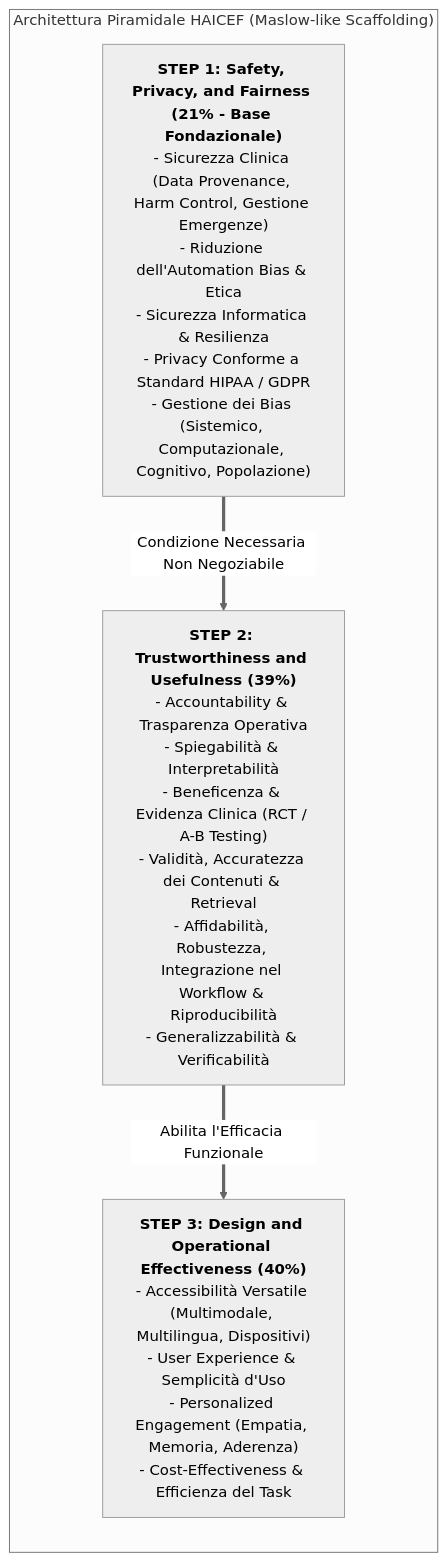
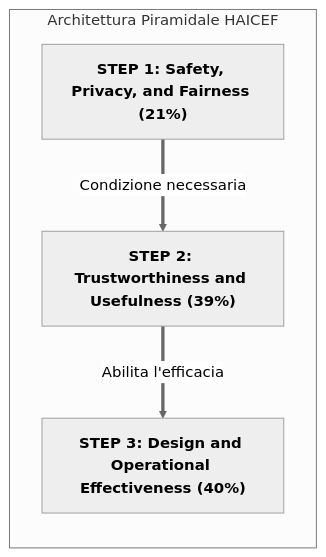
Before and after one commit to andreaferrari7-star/andreaferrari.github.io: the diagram in content/haicef-framework.md, drawn with Mermaid (neutral theme). The commit also changed other lines of this file and 340 other files, not shown here.

````diff
--- a/content/haicef-framework.md
+++ b/content/haicef-framework.md
@@ -13,14 +20,12 @@
 ```mermaid
 flowchart TD
-    subgraph PyramidStructure ["Architettura Piramidale HAICEF (Maslow-like Scaffolding)"]
+    subgraph PyramidStructure ["Architettura Piramidale HAICEF"]
         direction TB
-        L3["<b>STEP 3: Design and Operational Effectiveness (40%)</b><br/>- Accessibilità Versatile (Multimodale, Multilingua, Dispositivi)<br/>- User Experience & Semplicità d'Uso<br/>- Personalized Engagement (Empatia, Memoria, Aderenza)<br/>- Cost-Effectiveness & Efficienza del Task"]
+        L3["<b>STEP 3: Design and Operational Effectiveness (40%)</b>"]
+        L2["<b>STEP 2: Trustworthiness and Usefulness (39%)</b>"]
+        L1["<b>STEP 1: Safety, Privacy, and Fairness (21%)</b>"]
         
-        L2["<b>STEP 2: Trustworthiness and Usefulness (39%)</b><br/>- Accountability & Trasparenza Operativa<br/>- Spiegabilità & Interpretabilità<br/>- Beneficenza & Evidenza Clinica (RCT / A-B Testing)<br/>- Validità, Accuratezza dei Contenuti & Retrieval<br/>- Affidabilità, Robustezza, Integrazione nel Workflow & Riproducibilità<br/>- Generalizzabilità & Verificabilità"]
-        
-        L1["<b>STEP 1: Safety, Privacy, and Fairness (21% - Base Fondazionale)</b><br/>- Sicurezza Clinica (Data Provenance, Harm Control, Gestione Emergenze)<br/>- Riduzione dell'Automation Bias & Etica<br/>- Sicurezza Informatica & Resilienza<br/>- Privacy Conforme a Standard HIPAA / GDPR<br/>- Gestione dei Bias (Sistemico, Computazionale, Cognitivo, Popolazione)"]
-        
-        L1 ==>|Condizione Necessaria Non Negoziabile| L2
-        L2 ==>|Abilita l'Efficacia Funzionale| L3
+        L1 ==>|Condizione necessaria| L2
+        L2 ==>|Abilita l'efficacia| L3
     end
 ```
````
